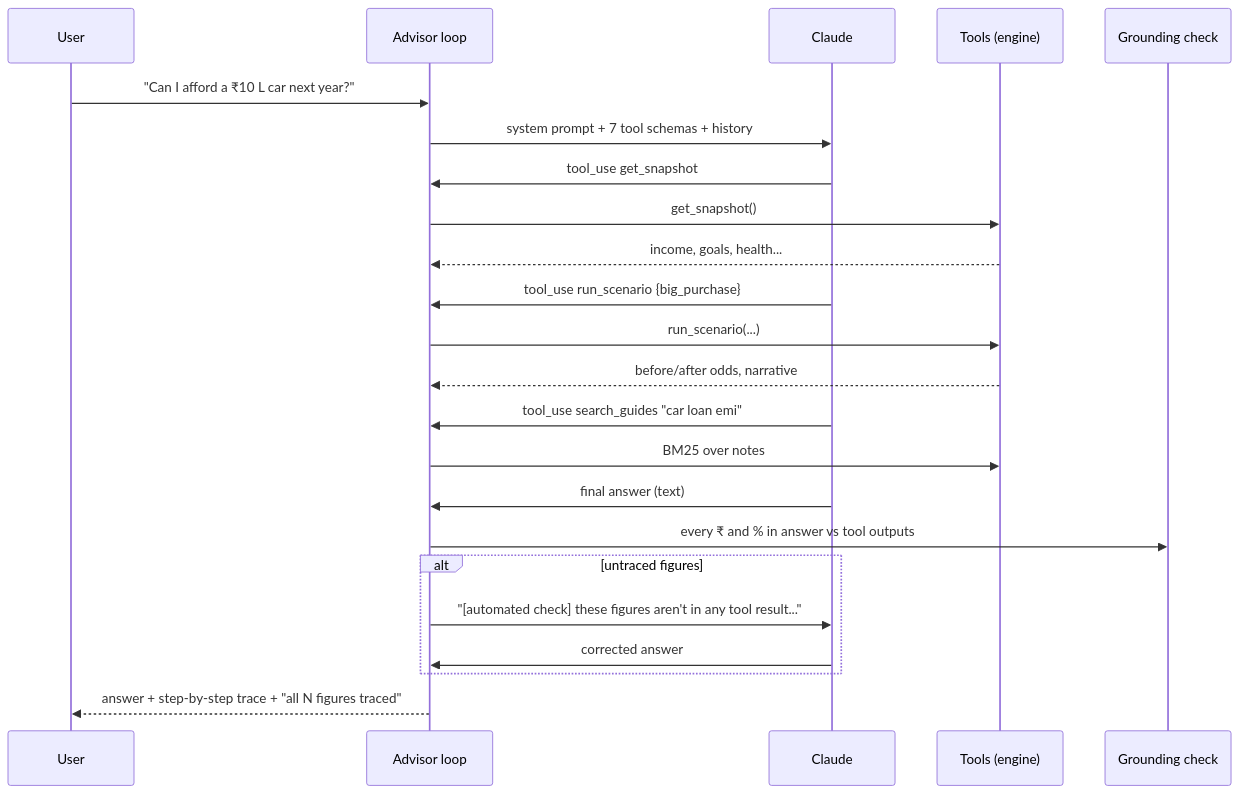
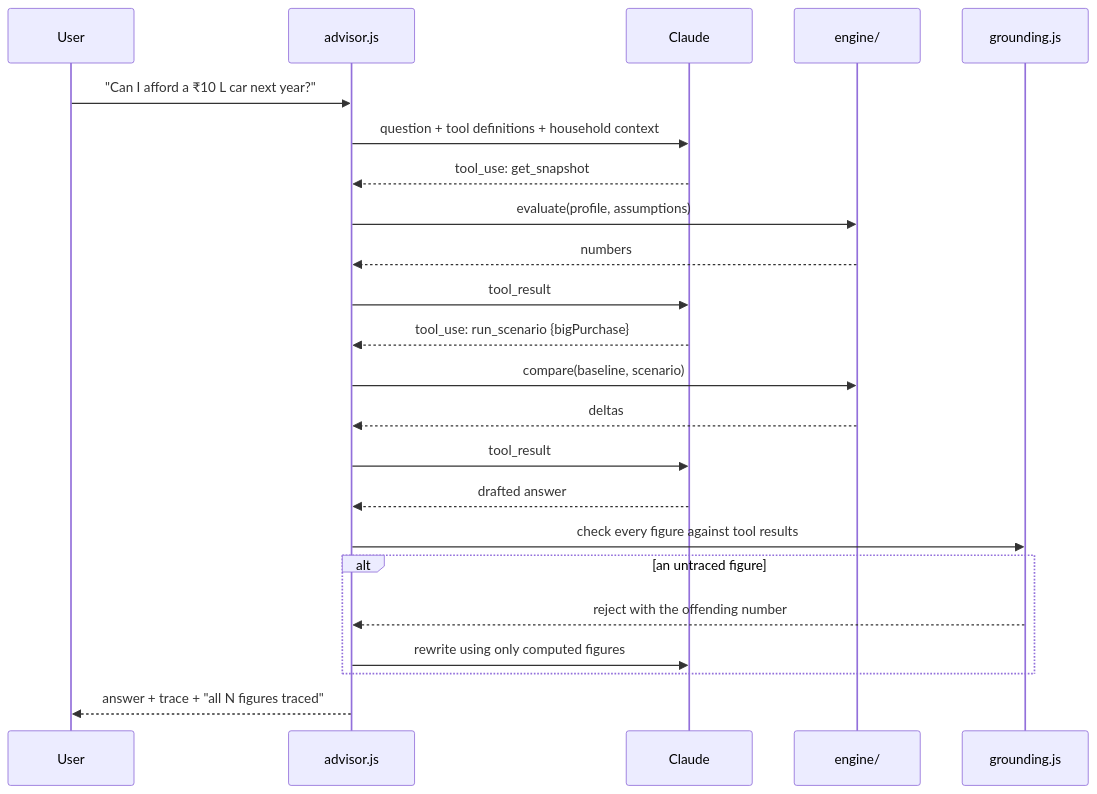
Before and after one commit to adityashukla2615/kosh: the second of 4 diagrams in docs/ARCHITECTURE.md, drawn with Mermaid. The commit also changed other lines of this file and 11 other files, not shown here.

````diff
--- a/docs/ARCHITECTURE.md
+++ b/docs/ARCHITECTURE.md
@@ -83,25 +214,26 @@
 ```mermaid
 sequenceDiagram
   participant U as User
-  participant A as Advisor loop
-  participant C as Claude
-  participant T as Tools (engine)
-  participant G as Grounding check
+  participant A as advisor.js
+  participant M as Claude
+  participant E as engine/
+  participant G as grounding.js
+
   U->>A: "Can I afford a ₹10 L car next year?"
-  A->>C: system prompt + 7 tool schemas + history
-  C->>A: tool_use get_snapshot
-  A->>T: get_snapshot()
-  T-->>A: income, goals, health...
-  C->>A: tool_use run_scenario {big_purchase}
-  A->>T: run_scenario(...)
-  T-->>A: before/after odds, narrative
-  C->>A: tool_use search_guides "car loan emi"
-  A->>T: BM25 over notes
-  C->>A: final answer (text)
-  A->>G: every ₹ and % in answer vs tool outputs
-  alt untraced figures
-    A->>C: "[automated check] these figures aren't in any tool result..."
-    C->>A: corrected answer
+  A->>M: question + tool definitions + household context
+  M-->>A: tool_use: get_snapshot
+  A->>E: evaluate(profile, assumptions)
+  E-->>A: numbers
+  A->>M: tool_result
+  M-->>A: tool_use: run_scenario {bigPurchase}
+  A->>E: compare(baseline, scenario)
+  E-->>A: deltas
+  A->>M: tool_result
+  M-->>A: drafted answer
+  A->>G: check every figure against tool results
+  alt an untraced figure
+    G-->>A: reject with the offending number
+    A->>M: rewrite using only computed figures
   end
-  A-->>U: answer + step-by-step trace + "all N figures traced"
+  A-->>U: answer + trace + "all N figures traced"
 ```
````
